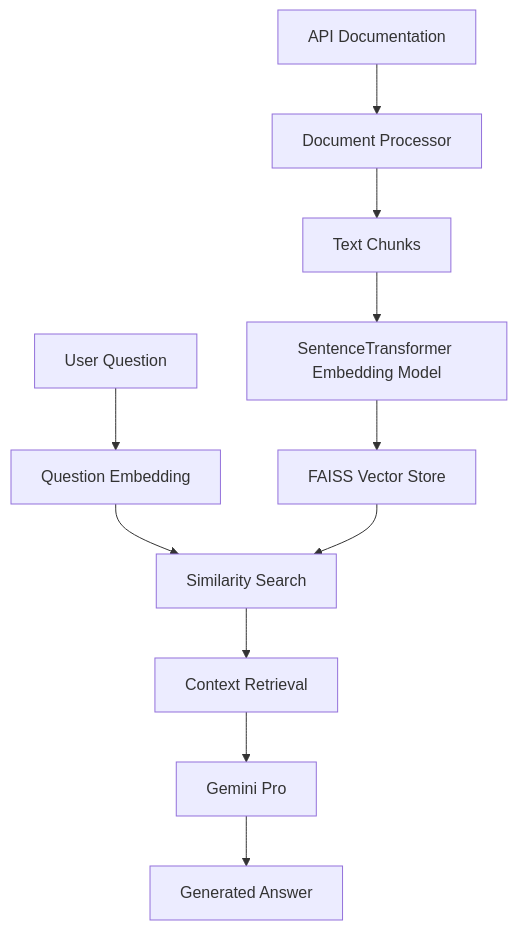
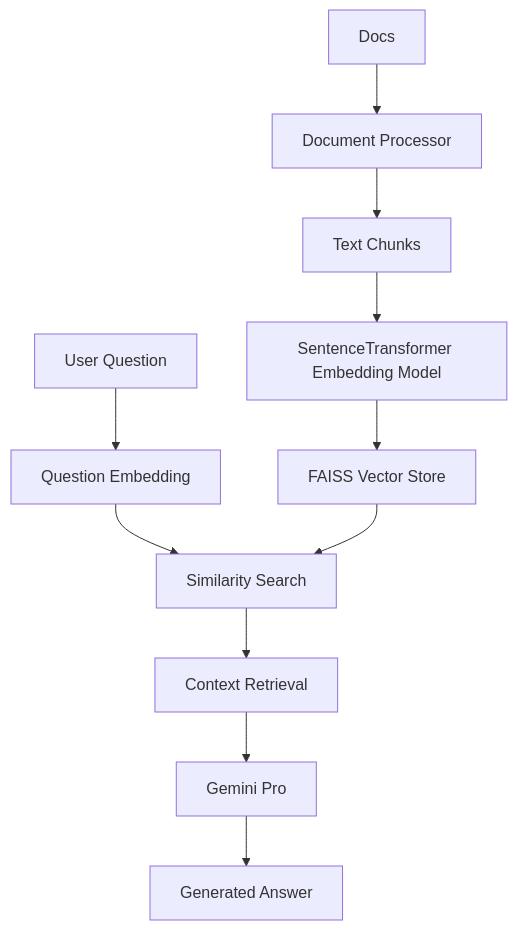
One commit to Raviikumar001/rag-python-gita changed the first of 2 diagrams in README.md. Above: the diagram before and after it, drawn with Mermaid.

````diff
--- a/README.md
+++ b/README.md
@@ -7,15 +7,15 @@
 ```mermaid
 graph TD
-    A[API Documentation] --> B[Document Processor]
+    A[Docs] --> B[Document Processor]
     B --> C[Text Chunks]
     C --> D[SentenceTransformer Embedding Model]
     D --> E[FAISS Vector Store]
 
     F[User Question] --> G[Question Embedding]
     G --> H[Similarity Search]
     E --> H
     H --> I[Context Retrieval]
     I --> J[Gemini Pro]
     J --> K[Generated Answer]
 
 ```
````
